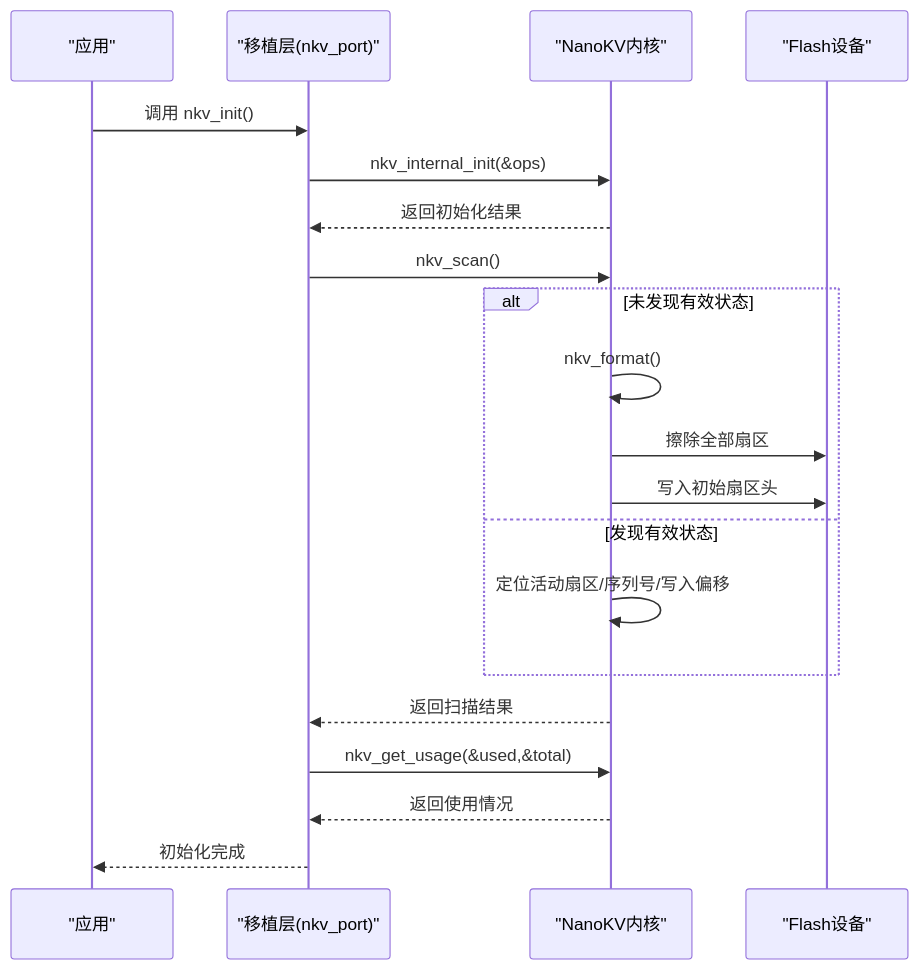
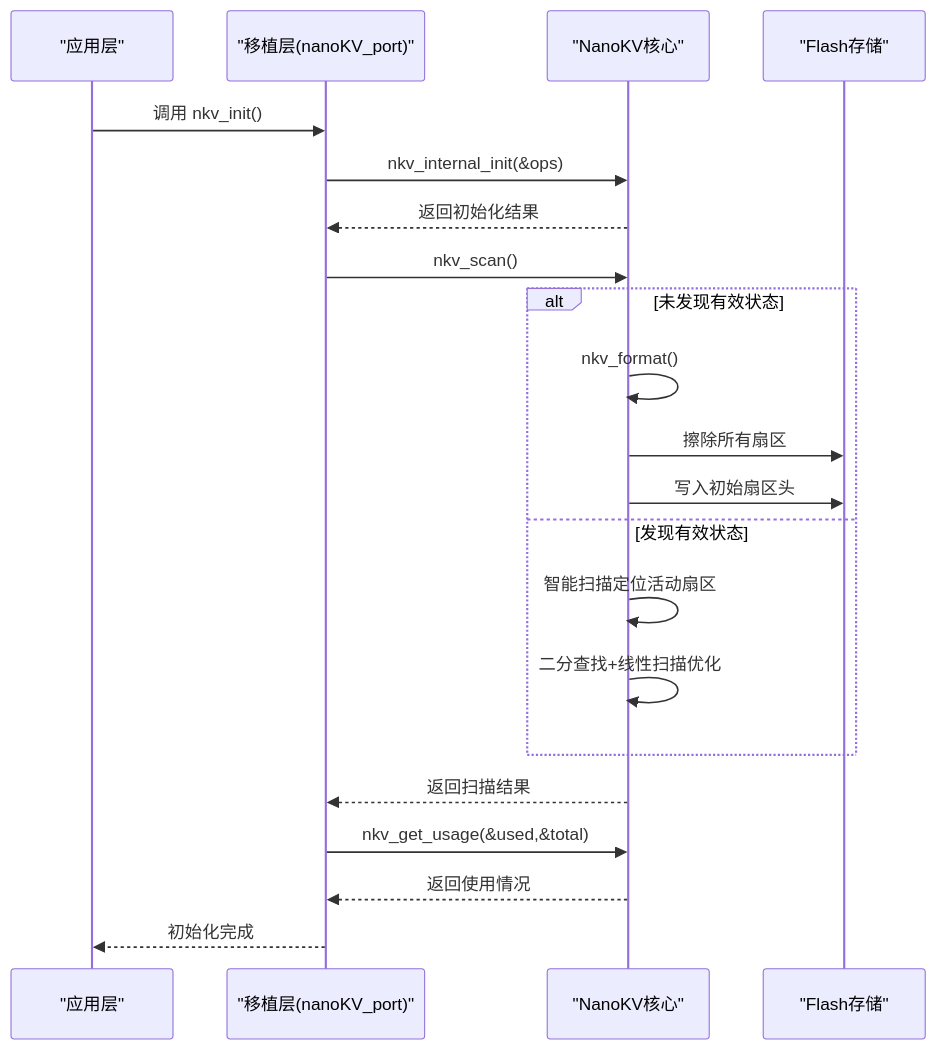
Before and after one commit to causebefore/microkv-module: the second of 3 diagrams in .qoder/repowiki/zh/content/API参考手册/初始化与维护API.md, drawn with Mermaid. The commit also changed other lines of this file and 10 other files, not shown here.

````diff
--- a/.qoder/repowiki/zh/content/API参考手册/初始化与维护API.md
+++ b/.qoder/repowiki/zh/content/API参考手册/初始化与维护API.md
@@ -71,22 +89,23 @@
 ```mermaid
 sequenceDiagram
-participant App as "应用"
-participant Port as "移植层(nkv_port)"
-participant NV as "NanoKV内核"
-participant Flash as "Flash设备"
+participant App as "应用层"
+participant Port as "移植层(nanoKV_port)"
+participant Core as "NanoKV核心"
+participant Flash as "Flash存储"
 App->>Port : 调用 nkv_init()
-Port->>NV : nkv_internal_init(&ops)
-NV-->>Port : 返回初始化结果
-Port->>NV : nkv_scan()
+Port->>Core : nkv_internal_init(&ops)
+Core-->>Port : 返回初始化结果
+Port->>Core : nkv_scan()
 alt 未发现有效状态
-NV->>NV : nkv_format()
-NV->>Flash : 擦除全部扇区
-NV->>Flash : 写入初始扇区头
+Core->>Core : nkv_format()
+Core->>Flash : 擦除所有扇区
+Core->>Flash : 写入初始扇区头
 else 发现有效状态
-NV->>NV : 定位活动扇区/序列号/写入偏移
+Core->>Core : 智能扫描定位活动扇区
+Core->>Core : 二分查找+线性扫描优化
 end
-NV-->>Port : 返回扫描结果
-Port->>NV : nkv_get_usage(&used,&total)
-NV-->>Port : 返回使用情况
+Core-->>Port : 返回扫描结果
+Port->>Core : nkv_get_usage(&used,&total)
+Core-->>Port : 返回使用情况
 Port-->>App : 初始化完成
 ```
````
